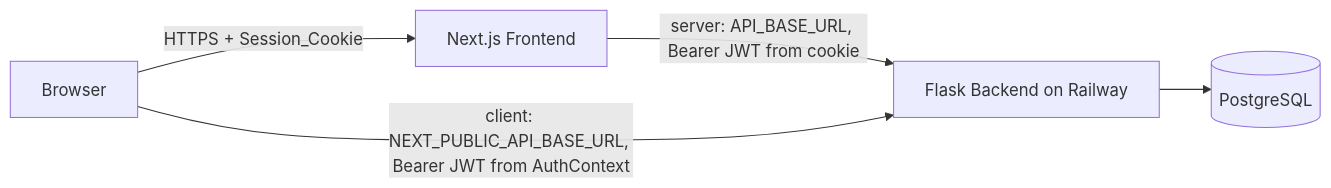
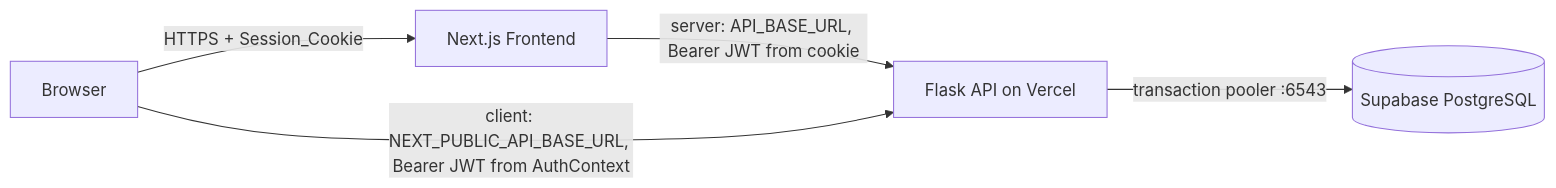
The diagram in .kiro/specs/revotask/design.md (Revou-FSSE-Jun26/module-4-jimWilliam), drawn with Mermaid before and after one commit. The commit also changed other lines of this file and 22 other files, not shown here.

First line of the commit message:
deploy: switch to Vercel (Next.js + Flask API) and Supabase; add task 18.6 tests

````diff
--- a/.kiro/specs/revotask/design.md
+++ b/.kiro/specs/revotask/design.md
@@ -40,7 +40,7 @@
 ```mermaid
 flowchart LR
     Browser -->|HTTPS + Session_Cookie| Vercel[Next.js Frontend]
     Vercel -->|server: API_BASE_URL, Bearer JWT from cookie| API
-    Browser -->|client: NEXT_PUBLIC_API_BASE_URL, Bearer JWT from AuthContext| API[Flask Backend on Railway]
-    API --> DB[(PostgreSQL)]
+    Browser -->|client: NEXT_PUBLIC_API_BASE_URL, Bearer JWT from AuthContext| API[Flask API on Vercel]
+    API -->|transaction pooler :6543| DB[(Supabase PostgreSQL)]
 ```
````
